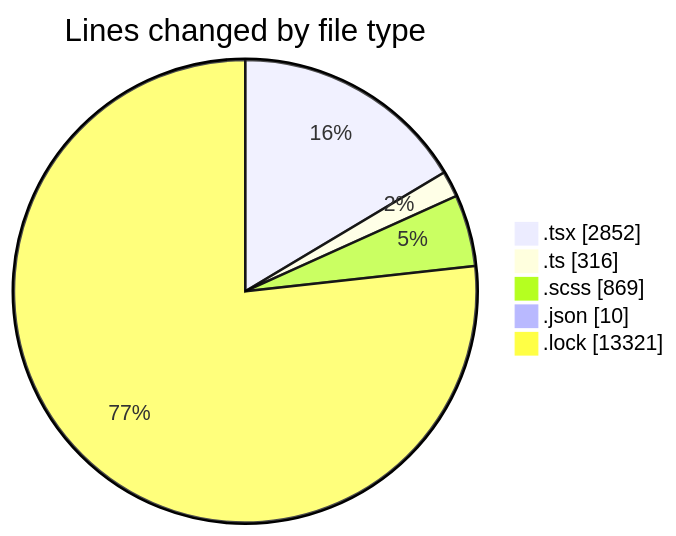
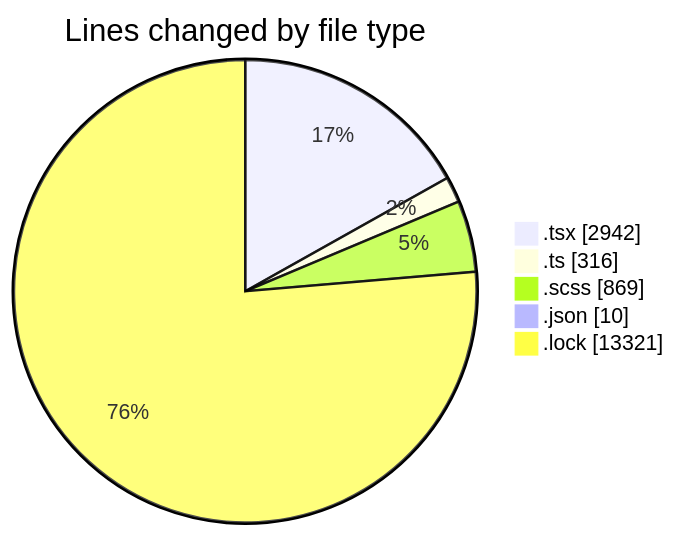
Before and after one commit to momahboobian/code-tracking: the first of 2 diagrams in 2025-02-12/cda/README.md, drawn with Mermaid. The commit also changed other lines of this file and 1 other file, not shown here.

````diff
--- a/2025-02-12/cda/README.md
+++ b/2025-02-12/cda/README.md
@@ -33,9 +34,9 @@
 ```mermaid
 pie showData
 title Lines changed by file type
-".tsx" : 2852
+".tsx" : 2942
 ".ts" : 316
 ".scss" : 869
 ".json" : 10
 ".lock" : 13321
 ```
````
